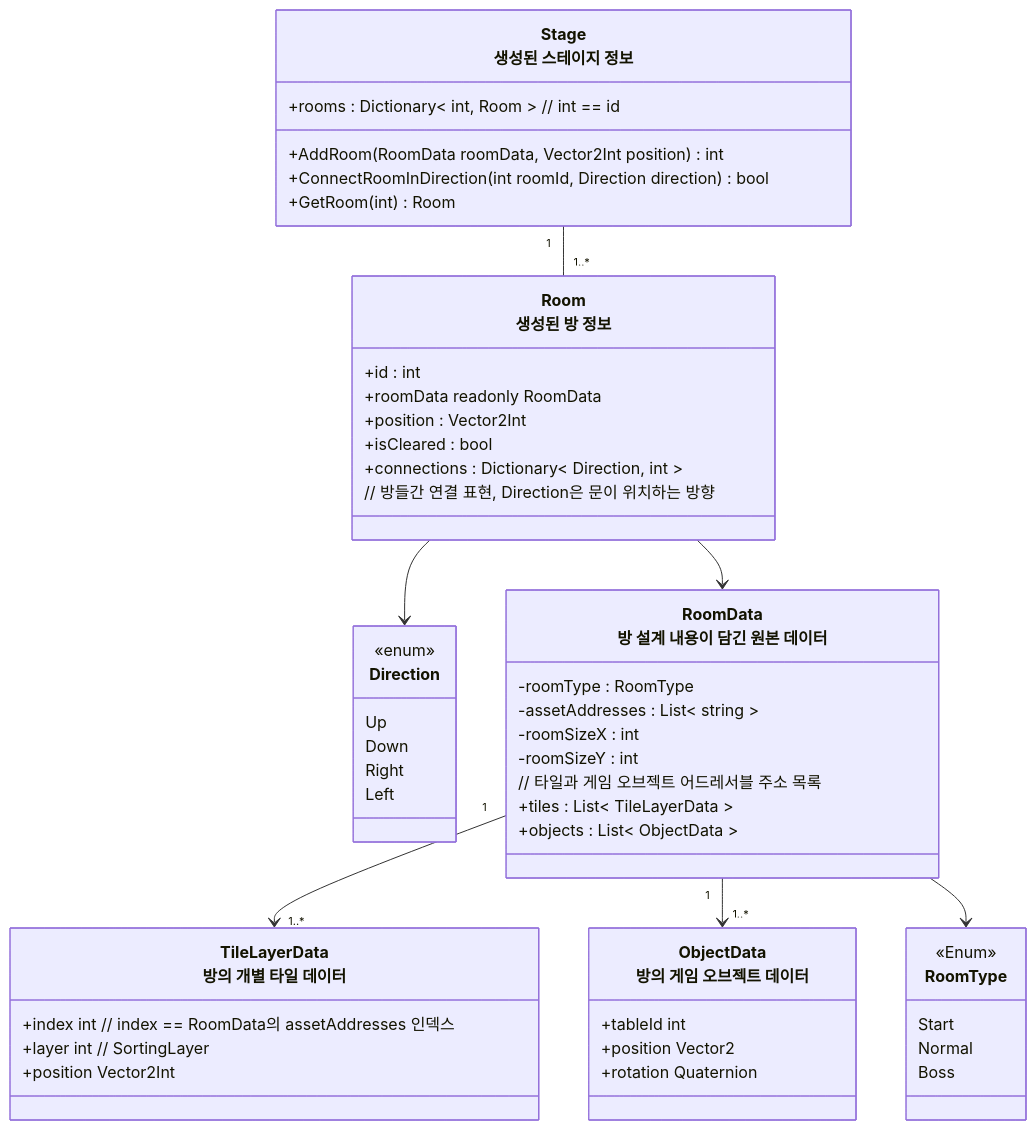
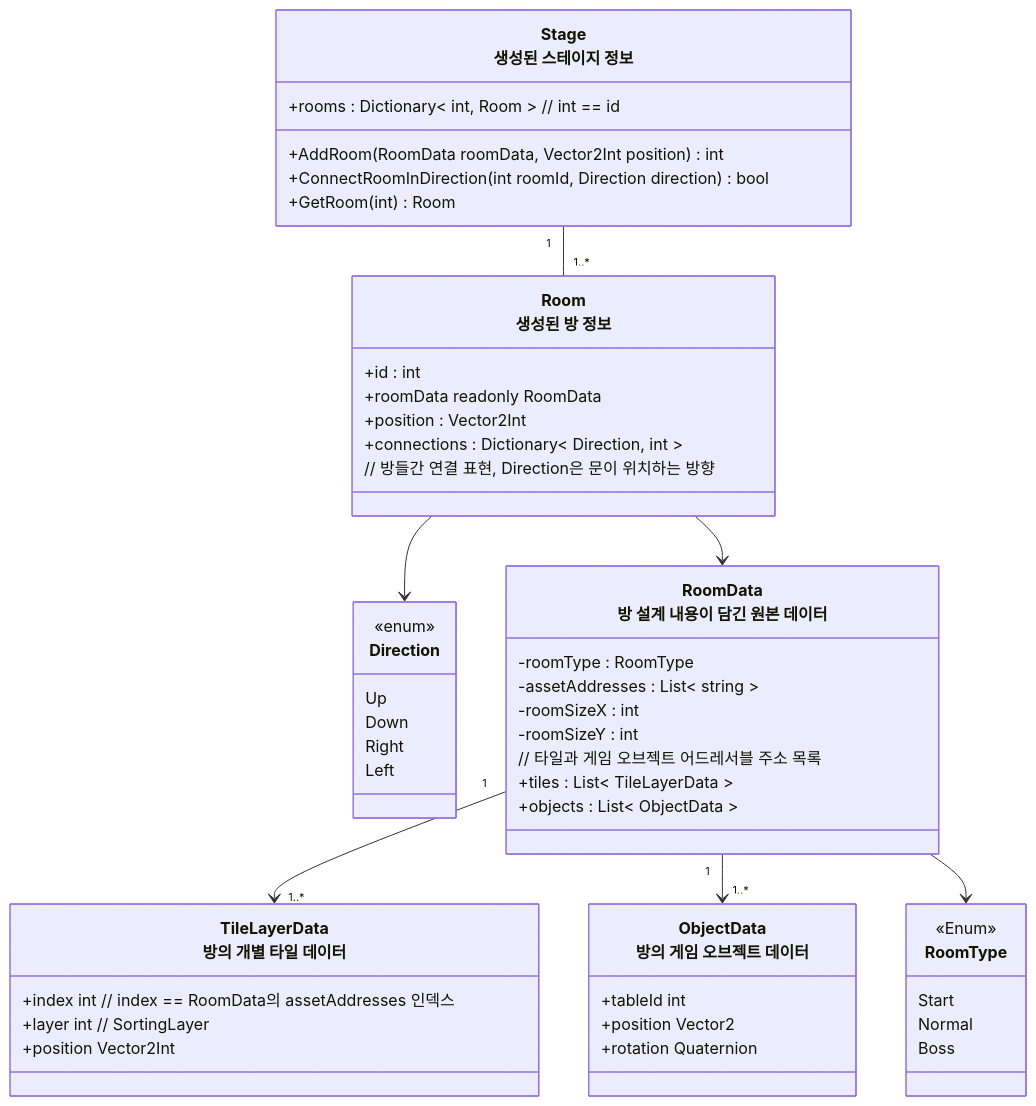
The first of 4 diagrams in README/스테이지_설계.md (JIN5EOK/DungeonShooter), drawn with Mermaid before and after one commit. The commit also changed other lines of this file and 2 other files, not shown here.

````diff
--- a/README/스테이지_설계.md
+++ b/README/스테이지_설계.md
@@ -13,63 +13,62 @@
 ```mermaid
 classDiagram
     class Direction {
         <<enum>>
         Up
         Down
         Right
         Left
     }
 
     class Stage["Stage<br>생성된 스테이지 정보"] {
         +rooms : Dictionary< int, Room > // int == id
         +AddRoom(RoomData roomData, Vector2Int position) int
         +ConnectRoomInDirection(int roomId, Direction direction) bool
         +GetRoom(int) Room
     }
 
     class Room["Room<br>생성된 방 정보"] {
         +id : int
         +roomData readonly RoomData 
         +position : Vector2Int
-        +isCleared : bool
         +connections : Dictionary< Direction, int > 
         // 방들간 연결 표현, Direction은 문이 위치하는 방향
     }
 
     class RoomData["RoomData<br>방 설계 내용이 담긴 원본 데이터"] {
         -roomType : RoomType
         -assetAddresses : List< string >
         -roomSizeX : int
         -roomSizeY : int
         // 타일과 게임 오브젝트 어드레서블 주소 목록
         +tiles : List< TileLayerData >
         +objects : List< ObjectData >
     }
 
     class TileLayerData["TileLayerData<br>방의 개별 타일 데이터"]{
         +index int // index == RoomData의 assetAddresses 인덱스
         +layer int // SortingLayer
         +position Vector2Int
     }
 
     class ObjectData["ObjectData<br>방의 게임 오브젝트 데이터"]{
         +tableId int
         +position Vector2
         +rotation Quaternion
     }
 
     class RoomType{
         <<Enum>>
         Start
         Normal
         Boss
     }
 
 
     Room --> Direction
     Stage "1" -- "1..*" Room
     Room --> RoomData
     RoomData "1"-->"1..*" TileLayerData
     RoomData "1"-->"1..*" ObjectData
     RoomData --> RoomType
 ```
````
